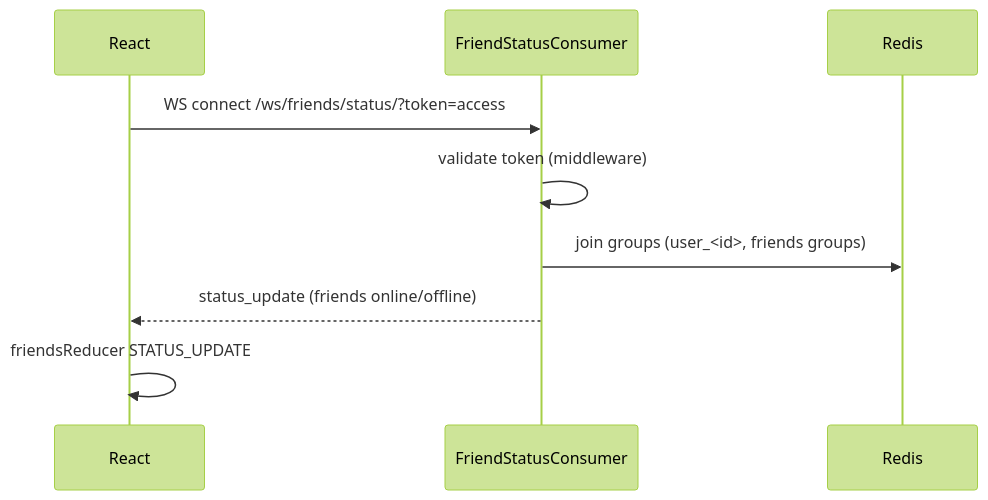
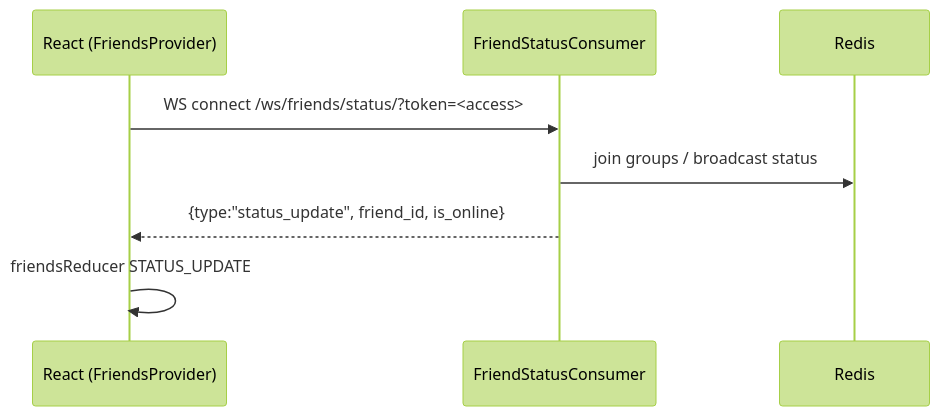
One commit to anthonynarine/tic_tac_toe changed the sixth of 9 diagrams in README.MD. Above: the diagram before and after it, drawn with Mermaid (forest theme). The commit also changed other lines of this file, not shown here.

````diff
--- a/README.MD
+++ b/README.MD
@@ -115,12 +170,11 @@
 ```mermaid
 sequenceDiagram
-  participant FE as React
+  participant FE as React (FriendsProvider)
   participant WS as FriendStatusConsumer
   participant R as Redis
 
-  FE->>WS: WS connect /ws/friends/status/?token=access
-  WS->>WS: validate token (middleware)
-  WS->>R: join groups (user_<id>, friends groups)
-  WS-->>FE: status_update (friends online/offline)
+  FE->>WS: WS connect /ws/friends/status/?token=<access>
+  WS->>R: join groups / broadcast status
+  WS-->>FE: {type:"status_update", friend_id, is_online}
   FE->>FE: friendsReducer STATUS_UPDATE
 ```
````
